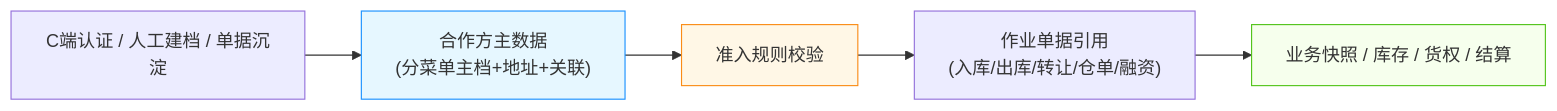
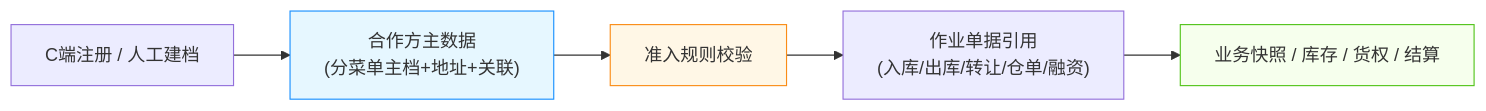
The first of 8 diagrams in 02-PRD文档/B-迭代需求/6.3版本（2026.09）/04-合作方档案/合作方档案-业务流程推演.md (RobertHuang999/SYZC), drawn with Mermaid before and after one commit. The commit also changed other lines of this file and 37 other files, not shown here.

````diff
--- a/02-PRD文档/B-迭代需求/6.3版本（2026.09）/04-合作方档案/合作方档案-业务流程推演.md
+++ b/02-PRD文档/B-迭代需求/6.3版本（2026.09）/04-合作方档案/合作方档案-业务流程推演.md
@@ -33,11 +33,11 @@
 ```mermaid
 graph LR
-    A["C端认证 / 人工建档 / 单据沉淀"] --> B["合作方主数据<br/>(分菜单主档+地址+关联)"]
+    A["C端注册 / 人工建档"] --> B["合作方主数据<br/>(分菜单主档+地址+关联)"]
     B --> C["准入规则校验"]
     C --> D["作业单据引用<br/>(入库/出库/转让/仓单/融资)"]
     D --> E["业务快照 / 库存 / 货权 / 结算"]
 
     style B fill:#e6f7ff,stroke:#1890ff
     style C fill:#fff7e6,stroke:#fa8c16
     style E fill:#f6ffed,stroke:#52c41a
 ```
````
